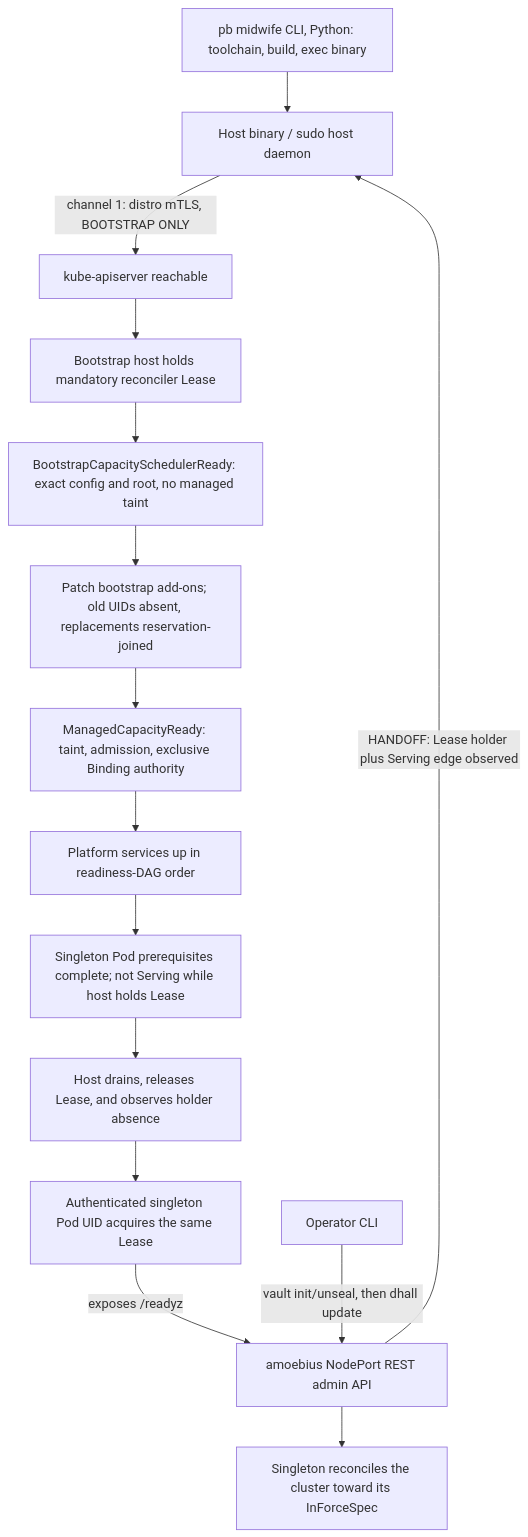
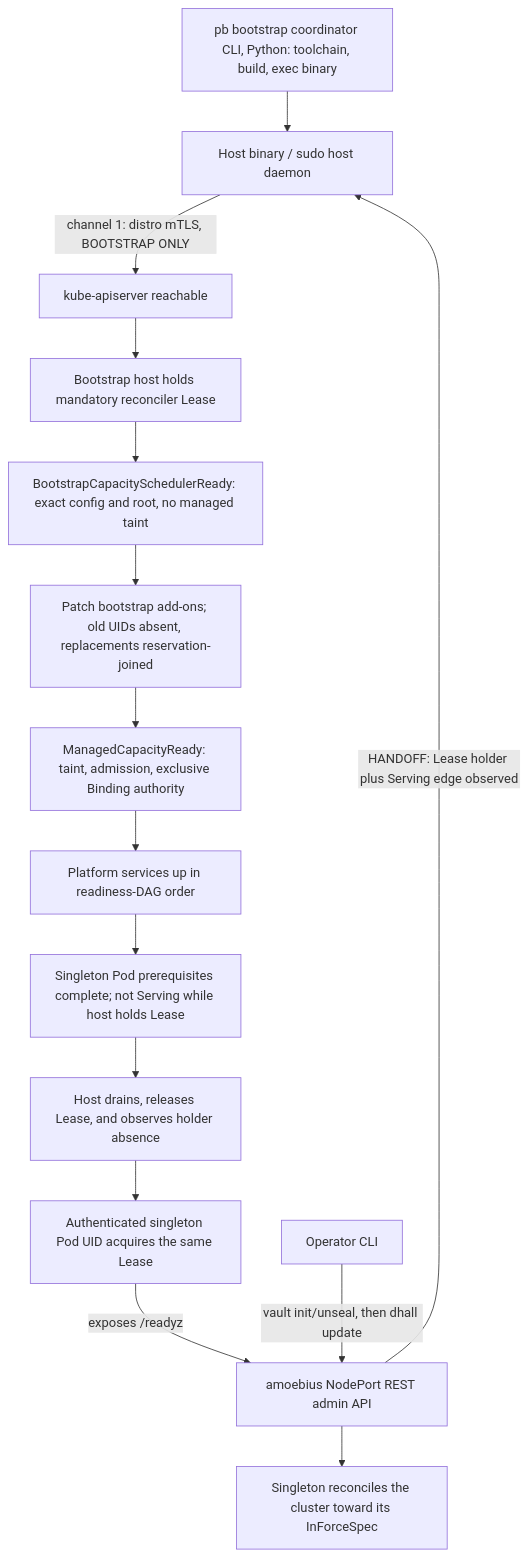
The diagram in documents/engineering/bootstrap_sequence_doctrine.md (Tuee22/amoebius), drawn with Mermaid before and after one commit. The commit also changed other lines of this file and 1894 other files, not shown here.

````diff
--- a/documents/engineering/bootstrap_sequence_doctrine.md
+++ b/documents/engineering/bootstrap_sequence_doctrine.md
@@ -77,18 +79,18 @@
 ```mermaid
 flowchart TD
 %% register: orientation
-  pb[pb midwife CLI, Python: toolchain, build, exec binary] --> hb[Host binary / sudo host daemon]
+  pb[pb bootstrap coordinator CLI, Python: toolchain, build, exec binary] --> hb[Host binary / sudo host daemon]
   hb -->|channel 1: distro mTLS, BOOTSTRAP ONLY| api[kube-apiserver reachable]
   api --> lease[Bootstrap host holds mandatory reconciler Lease]
   lease --> sched[BootstrapCapacitySchedulerReady: exact config and root, no managed taint]
   sched --> addons[Patch bootstrap add-ons; old UIDs absent, replacements reservation-joined]
   addons --> managed[ManagedCapacityReady: taint, admission, exclusive Binding authority]
   managed --> svc[Platform services up in readiness-DAG order]
   svc --> singleton[Singleton Pod prerequisites complete; not Serving while host holds Lease]
   singleton --> release[Host drains, releases Lease, and observes holder absence]
   release --> acquire[Authenticated singleton Pod UID acquires the same Lease]
   acquire -->|exposes /readyz| rest[amoebius NodePort REST admin API]
   rest -->|HANDOFF: Lease holder plus Serving edge observed| hb
   cli[Operator CLI] -->|vault init/unseal, then dhall update| rest
   rest --> reconcile[Singleton reconciles the cluster toward its InForceSpec]
 ```
````
